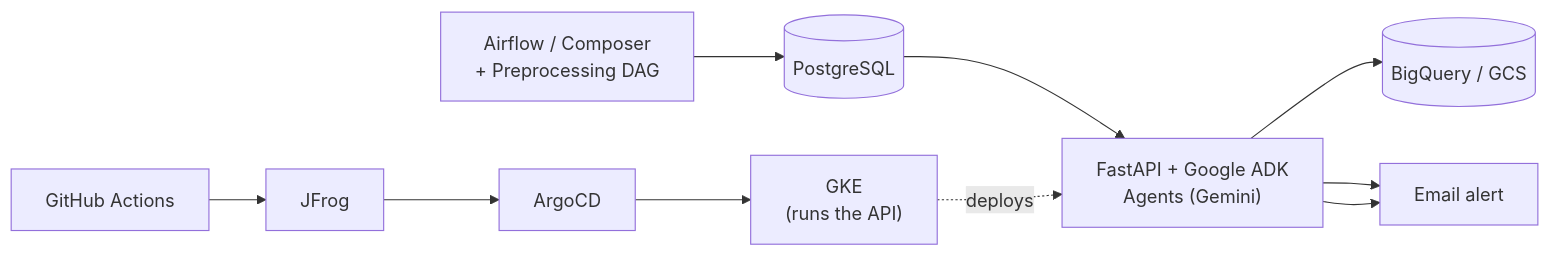
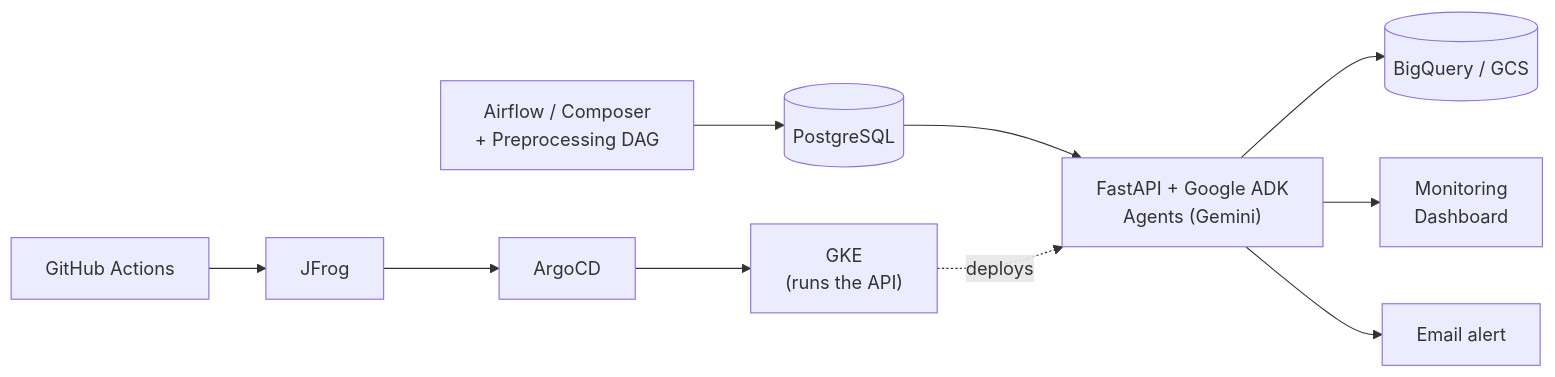
The diagram in README.md (pratik3848/Production-Support-Agent), drawn with Mermaid before and after one commit.

````diff
--- a/README.md
+++ b/README.md
@@ -97,11 +97,11 @@
 ```mermaid
 flowchart LR
     AF["Airflow / Composer<br/>+ Preprocessing DAG"] --> DB[("PostgreSQL")]
     DB --> API["FastAPI + Google ADK<br/>Agents (Gemini)"]
     API --> BQ[("BigQuery / GCS")]
     API --> DASH["Monitoring<br/>Dashboard"]
-    API --> DASH["Email alert<br/>"]
+    API --> EMAIL["Email alert<br/>"]
 
     GHA["GitHub Actions"] --> JFROG["JFrog"] --> ARGO["ArgoCD"] --> GKE["GKE<br/>(runs the API)"]
     GKE -.deploys.-> API
 ```
````
